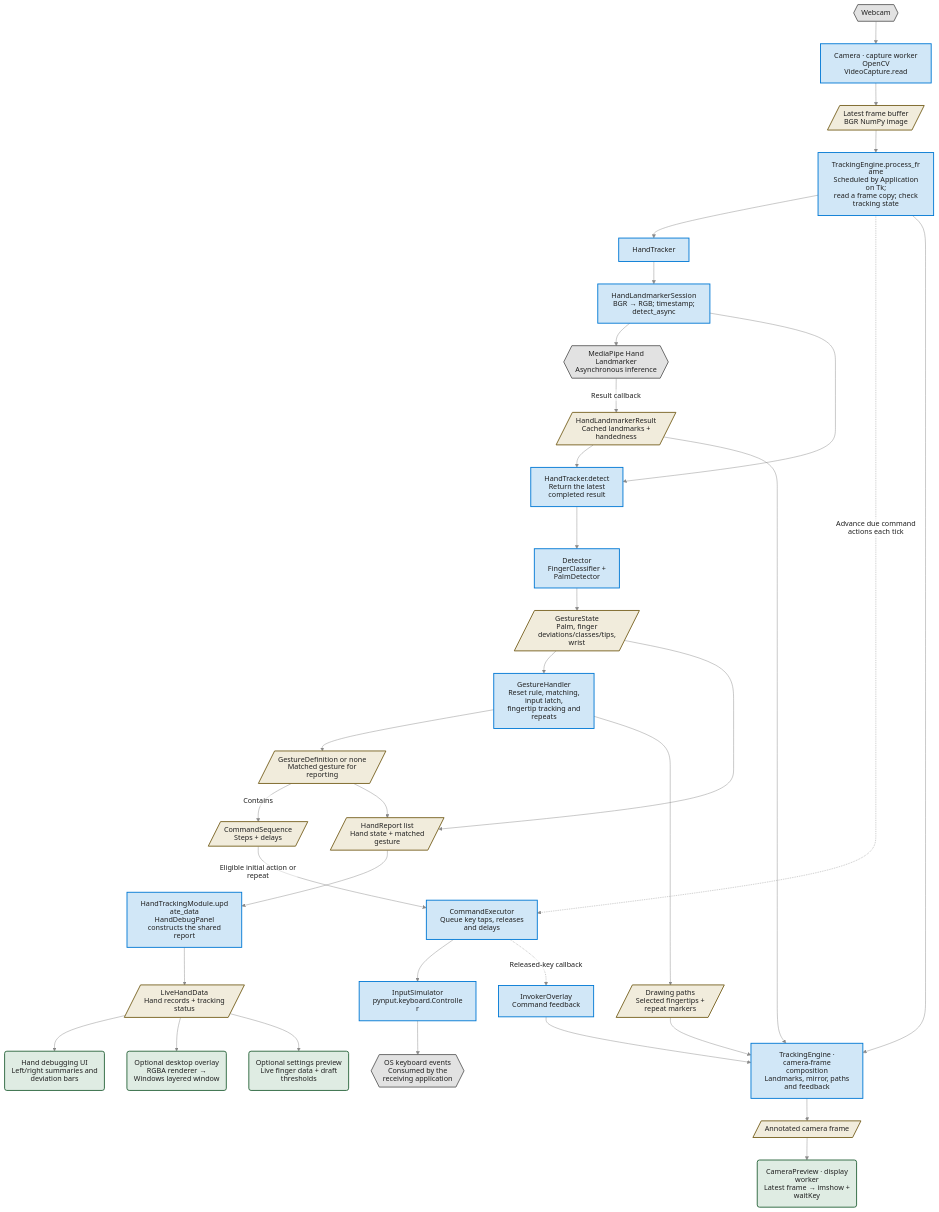
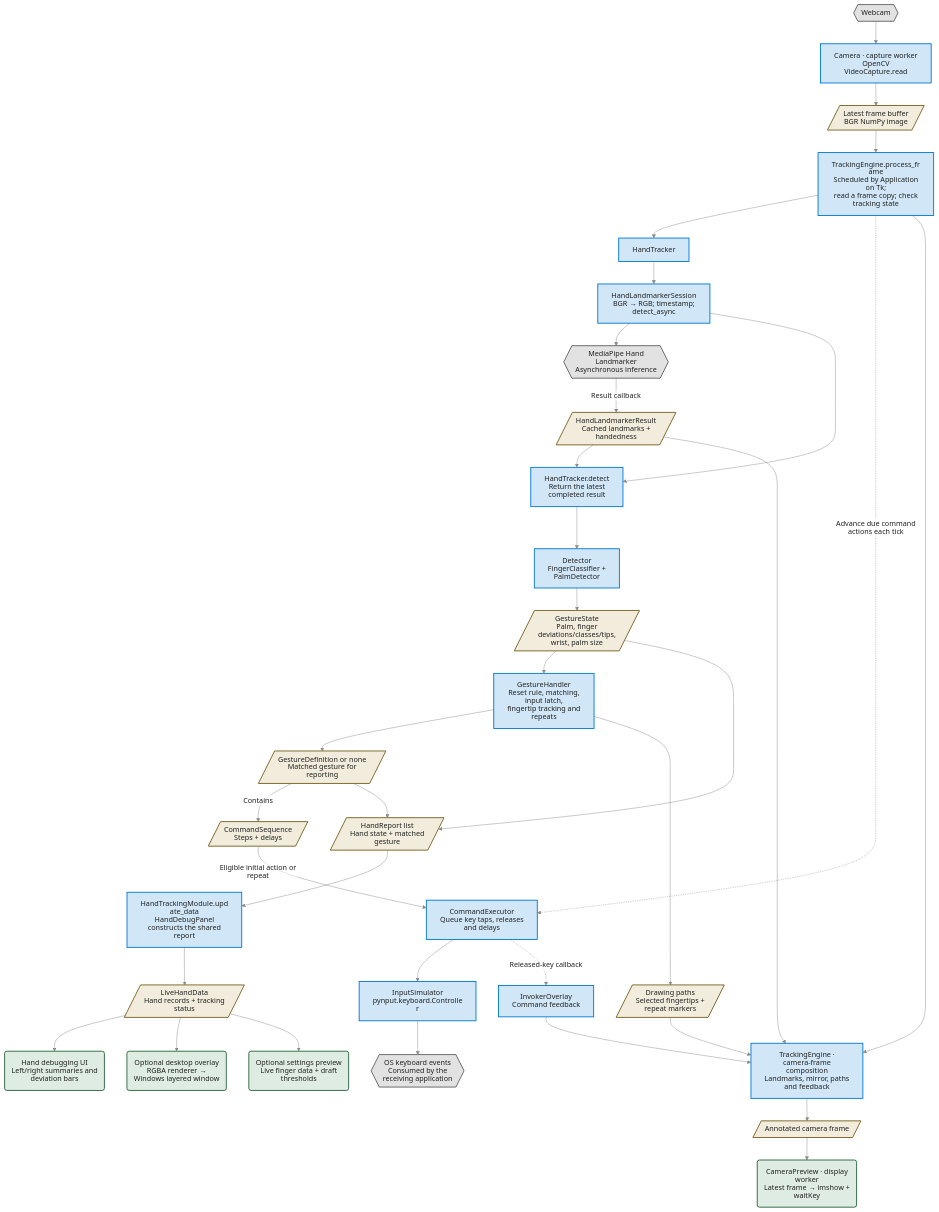
The first of 3 diagrams in hand-tracking/docs/architecture.md (MarkJuliusAbraham/ComputerVisionBasics), drawn with Mermaid before and after one commit. The commit also changed other lines of this file and 78 other files, not shown here.

````diff
--- a/hand-tracking/docs/architecture.md
+++ b/hand-tracking/docs/architecture.md
@@ -26,47 +26,47 @@
 ```mermaid
 %%{init: {"theme": "base", "htmlLabels": false, "flowchart": {"htmlLabels": false}, "themeCSS": ".edgeLabel rect, .labelBkg { fill: #ffffff !important; opacity: 1 !important; }", "themeVariables": {"primaryTextColor": "#202020", "textColor": "#202020", "lineColor": "#8a8a8a", "edgeLabelBackground": "#ffffff", "clusterBkg": "#f7f7f7", "clusterBorder": "#808080", "titleColor": "#202020", "background": "#ffffff"}}}%%
 flowchart TD
     Webcam{{"Webcam"}}:::external --> Capture["Camera · capture worker<br/>OpenCV VideoCapture.read"]:::component
     Capture --> Frames[/"Latest frame buffer<br/>BGR NumPy image"/]:::data
     Frames --> App["TrackingEngine.process_frame<br/>Scheduled by Application on Tk;<br/>read a frame copy; check tracking state"]:::component
 
     App --> Tracker["HandTracker"]:::component
     Tracker --> Session["HandLandmarkerSession<br/>BGR → RGB; timestamp; detect_async"]:::component
     Session --> Inference{{"MediaPipe Hand Landmarker<br/>Asynchronous inference"}}:::external
     Inference -->|"Result callback"| Results[/"HandLandmarkerResult<br/>Cached landmarks + handedness"/]:::data
     Results --> Poll["HandTracker.detect<br/>Return the latest completed result"]:::component
     Session --> Poll
     Poll --> Detector["Detector<br/>FingerClassifier + PalmDetector"]:::component
-    Detector --> State[/"GestureState<br/>Palm, finger deviations/classes/tips, wrist"/]:::data
+    Detector --> State[/"GestureState<br/>Palm, finger deviations/classes/tips, wrist, palm size"/]:::data
 
     State --> Handler["GestureHandler<br/>Reset rule, matching, input latch,<br/>fingertip tracking and repeats"]:::component
     Handler --> Definition[/"GestureDefinition or none<br/>Matched gesture for reporting"/]:::data
     Definition -->|"Contains"| Sequence[/"CommandSequence<br/>Steps + delays"/]:::data
     Sequence -->|"Eligible initial action or repeat"| Executor["CommandExecutor<br/>Queue key taps, releases and delays"]:::component
     Executor --> Input["InputSimulator<br/>pynput.keyboard.Controller"]:::component
     Input --> OS{{"OS keyboard events<br/>Consumed by the receiving application"}}:::external
     App -. "Advance due command actions each tick" .-> Executor
 
     State --> Records[/"HandReport list<br/>Hand state + matched gesture"/]:::data
     Definition --> Records
     Records --> Module["HandTrackingModule.update_data<br/>HandDebugPanel constructs the shared report"]:::component
     Module --> Report[/"LiveHandData<br/>Hand records + tracking status"/]:::data
     Report --> Debug("Hand debugging UI<br/>Left/right summaries and deviation bars"):::view
     Report --> Overlay("Optional desktop overlay<br/>RGBA renderer → Windows layered window"):::view
     Report --> SettingsPreview("Optional settings preview<br/>Live finger data + draft thresholds"):::view
 
     App --> Compose["TrackingEngine · camera-frame composition<br/>Landmarks, mirror, paths and feedback"]:::component
     Results --> Compose
     Handler --> Paths[/"Drawing paths<br/>Selected fingertips + repeat markers"/]:::data
     Paths --> Compose
     Executor -. "Released-key callback" .-> Invoker["InvokerOverlay<br/>Command feedback"]:::component
     Invoker --> Compose
     Compose --> DisplayFrame[/"Annotated camera frame"/]:::data
     DisplayFrame --> Preview("CameraPreview · display worker<br/>Latest frame → imshow + waitKey"):::view
 
     classDef component fill:#d1e7f7,stroke:#0078d4,color:#202020,stroke-width:2px;
     classDef data fill:#f1ecdc,stroke:#76601f,color:#202020,stroke-width:2px;
     classDef view fill:#dfece3,stroke:#28643a,color:#202020,stroke-width:2px;
     classDef config fill:#ece6f0,stroke:#67437d,color:#202020,stroke-width:2px;
     classDef external fill:#e2e2e2,stroke:#606060,color:#202020,stroke-width:2px;
 ```
````
